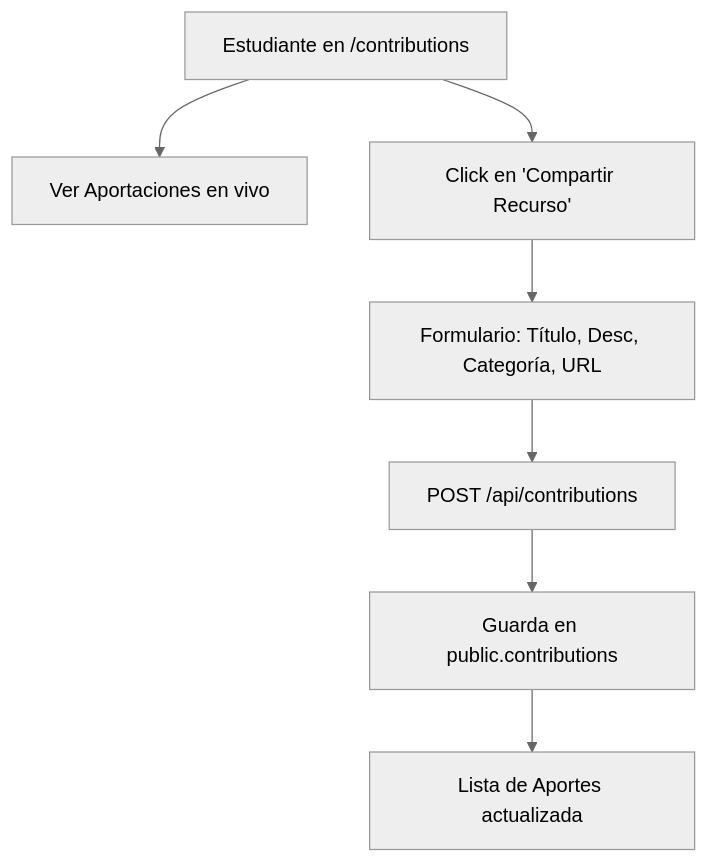
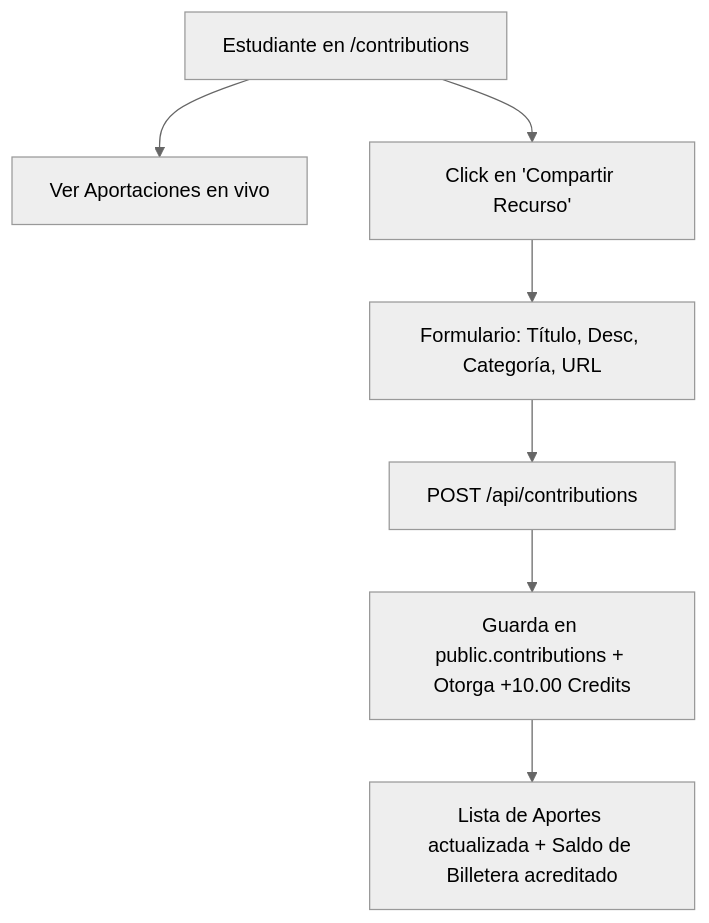
One commit to JCMACROO/unach-conect changed the third of 3 diagrams in plan_estrategico.md. Above: the diagram before and after it, drawn with Mermaid (neutral theme). The commit also changed other lines of this file and 5 other files, not shown here.

````diff
--- a/plan_estrategico.md
+++ b/plan_estrategico.md
@@ -172,9 +175,9 @@
 ```mermaid
 graph TD
     User[Estudiante en /contributions] --> Read[Ver Aportaciones en vivo]
     User --> Create[Click en 'Compartir Recurso']
     Create --> Form[Formulario: Título, Desc, Categoría, URL]
     Form --> API[POST /api/contributions]
-    API --> DB[Guarda en public.contributions]
-    DB --> Realtime[Lista de Aportes actualizada]
+    API --> DB[Guarda en public.contributions + Otorga +10.00 Credits]
+    DB --> Realtime[Lista de Aportes actualizada + Saldo de Billetera acreditado]
 ```
````
